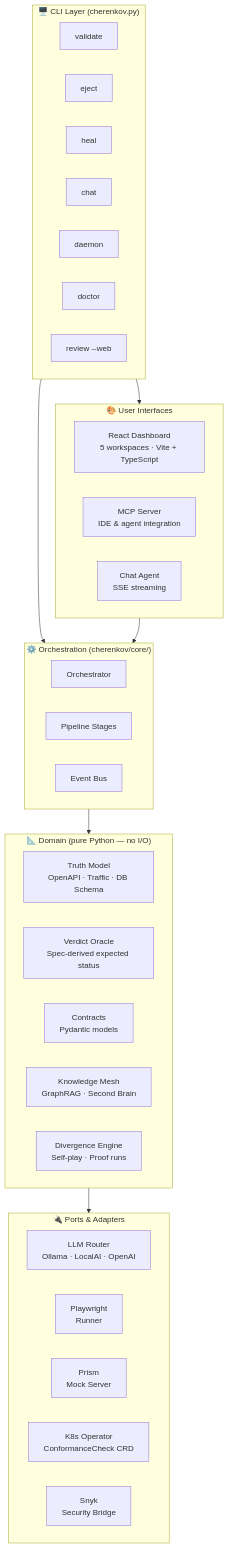
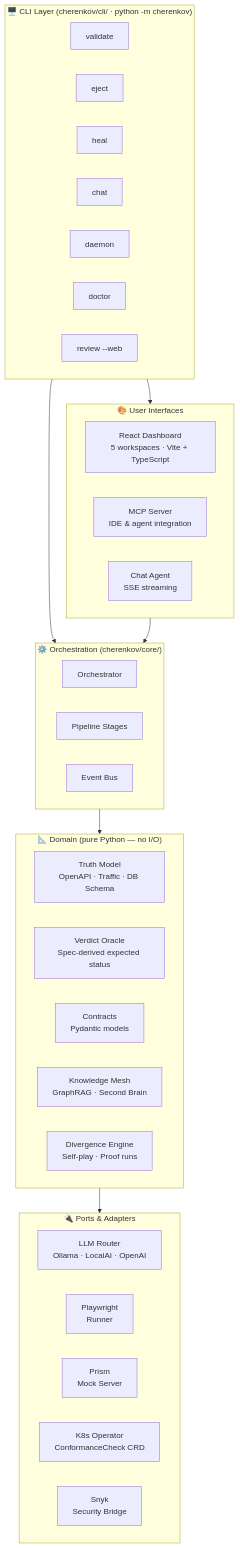
Before and after one commit to moaidmoatasem/cherenkov-qa: the first of 7 diagrams in docs/wiki/Architecture.md, drawn with Mermaid. The commit also changed other lines of this file and 4 other files, not shown here.

````diff
--- a/docs/wiki/Architecture.md
+++ b/docs/wiki/Architecture.md
@@ -11,47 +11,47 @@
 ```mermaid
 graph TB
-    subgraph CLI ["🖥️  CLI Layer  (cherenkov.py)"]
+    subgraph CLI ["🖥️  CLI Layer  (cherenkov/cli/ · python -m cherenkov)"]
         direction LR
         VALIDATE[validate]
         EJECT[eject]
         HEAL[heal]
         CHAT[chat]
         DAEMON[daemon]
         DOCTOR[doctor]
         REVIEW_WEB[review --web]
     end
 
     subgraph ORCH ["⚙️  Orchestration  (cherenkov/core/)"]
         ORC[Orchestrator]
         STAGES[Pipeline Stages]
         EVENTS[Event Bus]
     end
 
     subgraph DOMAIN ["📐  Domain  (pure Python — no I/O)"]
         TRUTH[Truth Model\nOpenAPI · Traffic · DB Schema]
         ORACLE[Verdict Oracle\nSpec-derived expected status]
         CONTRACTS[Contracts\nPydantic models]
         KNOWLEDGE[Knowledge Mesh\nGraphRAG · Second Brain]
         DIVERGENCE[Divergence Engine\nSelf-play · Proof runs]
     end
 
     subgraph ADAPTERS ["🔌  Ports & Adapters"]
         LLM[LLM Router\nOllama · LocalAI · OpenAI]
         PLAYWRIGHT[Playwright\nRunner]
         PRISM[Prism\nMock Server]
         K8S[K8s Operator\nConformanceCheck CRD]
         SNYK[Snyk\nSecurity Bridge]
     end
 
     subgraph INTERFACES ["🎨  User Interfaces"]
         WEB[React Dashboard\n5 workspaces · Vite + TypeScript]
         MCP_S[MCP Server\nIDE & agent integration]
         CHAT_I[Chat Agent\nSSE streaming]
     end
 
     CLI --> ORCH
     ORCH --> DOMAIN
     DOMAIN --> ADAPTERS
     CLI --> INTERFACES
     INTERFACES --> ORCH
 ```
````
